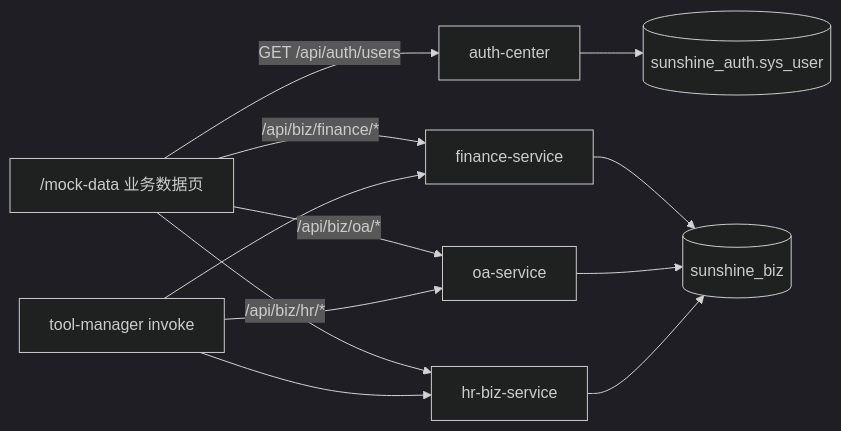
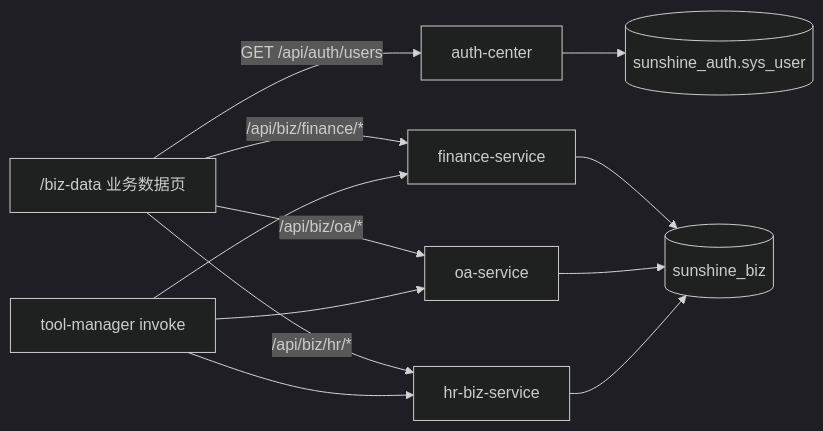
Before and after one commit to searchforsun/my-sunshine-agent: the diagram in docs/superpowers/specs/2026-07-21-biz-db-crud-design.md, drawn with Mermaid (dark theme). The commit also changed other lines of this file and 33 other files, not shown here.

````diff
--- a/docs/superpowers/specs/2026-07-21-biz-db-crud-design.md
+++ b/docs/superpowers/specs/2026-07-21-biz-db-crud-design.md
@@ -56,22 +60,22 @@
 ```mermaid
 flowchart LR
-  UI["/mock-data 业务数据页"]
+  UI["/biz-data 业务数据页"]
   AUTH[auth-center]
   FIN[finance-service]
   OA[oa-service]
   HR[hr-biz-service]
   DB[(sunshine_biz)]
   SU[(sunshine_auth.sys_user)]
 
   UI -->|GET /api/auth/users| AUTH
   UI -->|/api/biz/finance/*| FIN
   UI -->|/api/biz/oa/*| OA
   UI -->|/api/biz/hr/*| HR
   AUTH --> SU
   FIN --> DB
   OA --> DB
   HR --> DB
   TM[tool-manager invoke] --> FIN
   TM --> OA
   TM --> HR
 ```
````
